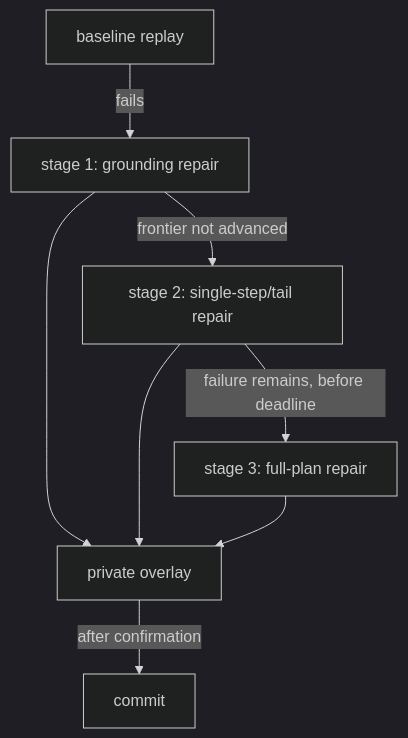
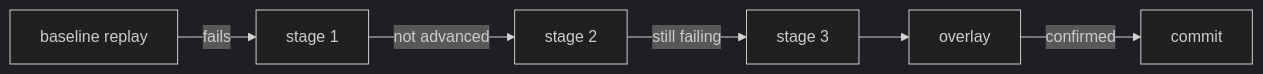
Before and after one commit to kotarotsubaki/ambercast: the diagram in website/src/content/docs/ja/explanation/healing-model.md, drawn with Mermaid (dark theme). The commit also changed other lines of this file and 7 other files, not shown here.

````diff
--- a/website/src/content/docs/ja/explanation/healing-model.md
+++ b/website/src/content/docs/ja/explanation/healing-model.md
@@ -22,10 +21,8 @@
 ```mermaid alt="ベースラインリプレイが失敗すると段階1のgrounding修復を試み、frontierが前進しなければ段階2のsingle-step/tail修復へ進む。失敗が残り期限前なら段階3のplan全体修復に至る。書き込みは確認の後だけ行われる。"
-flowchart TD
-  B[baseline replay] -->|fails| S1[stage 1: grounding repair]
-  S1 -->|frontier not advanced| S2[stage 2: single-step/tail repair]
-  S2 -->|failure remains, before deadline| S3[stage 3: full-plan repair]
-  S1 --> O[private overlay]
-  S2 --> O
-  S3 --> O
-  O -->|after confirmation| C[commit]
+flowchart LR
+  B[baseline replay] -->|fails| S1[stage 1]
+  S1 -->|not advanced| S2[stage 2]
+  S2 -->|still failing| S3[stage 3]
+  S3 --> O[overlay]
+  O -->|confirmed| C[commit]
 ```
````
